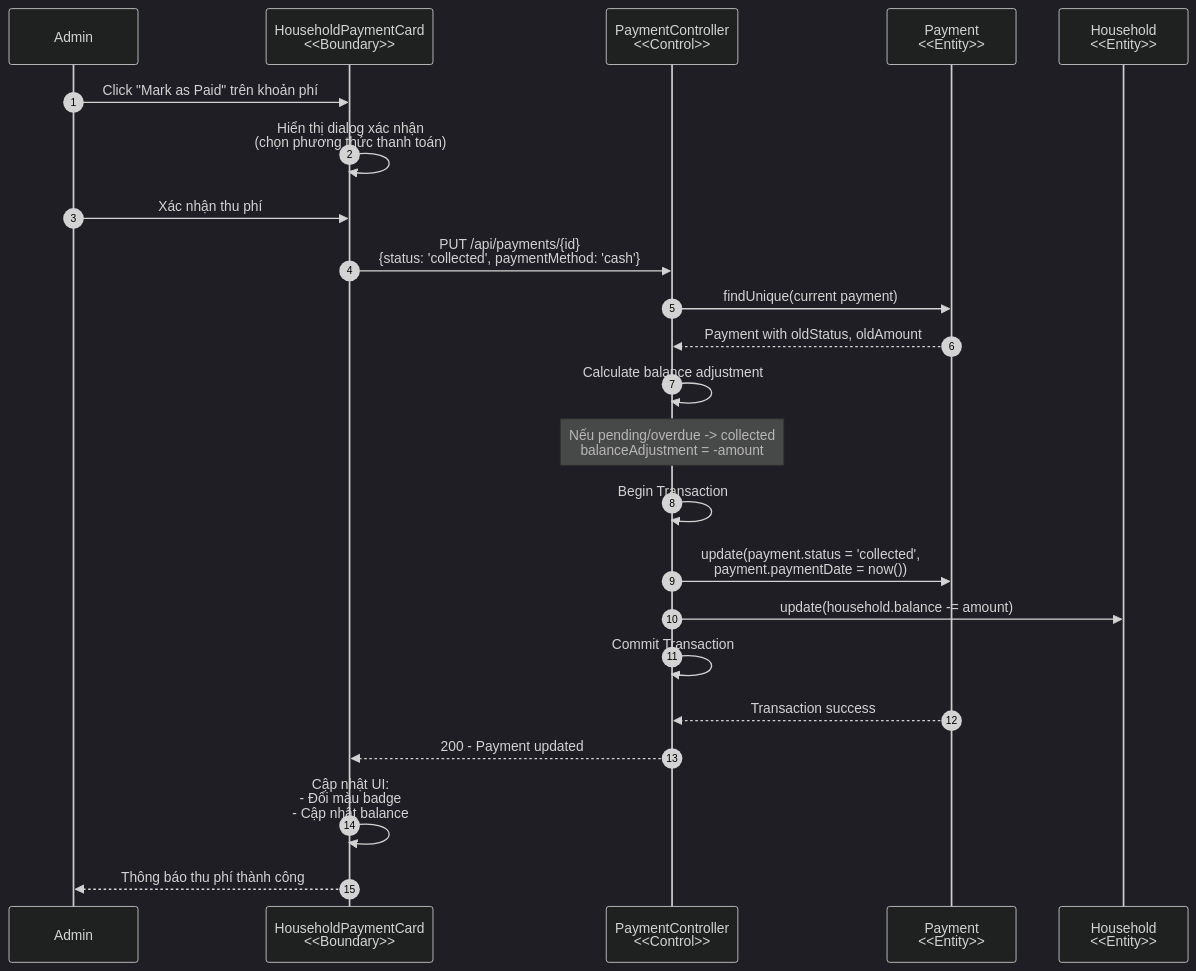
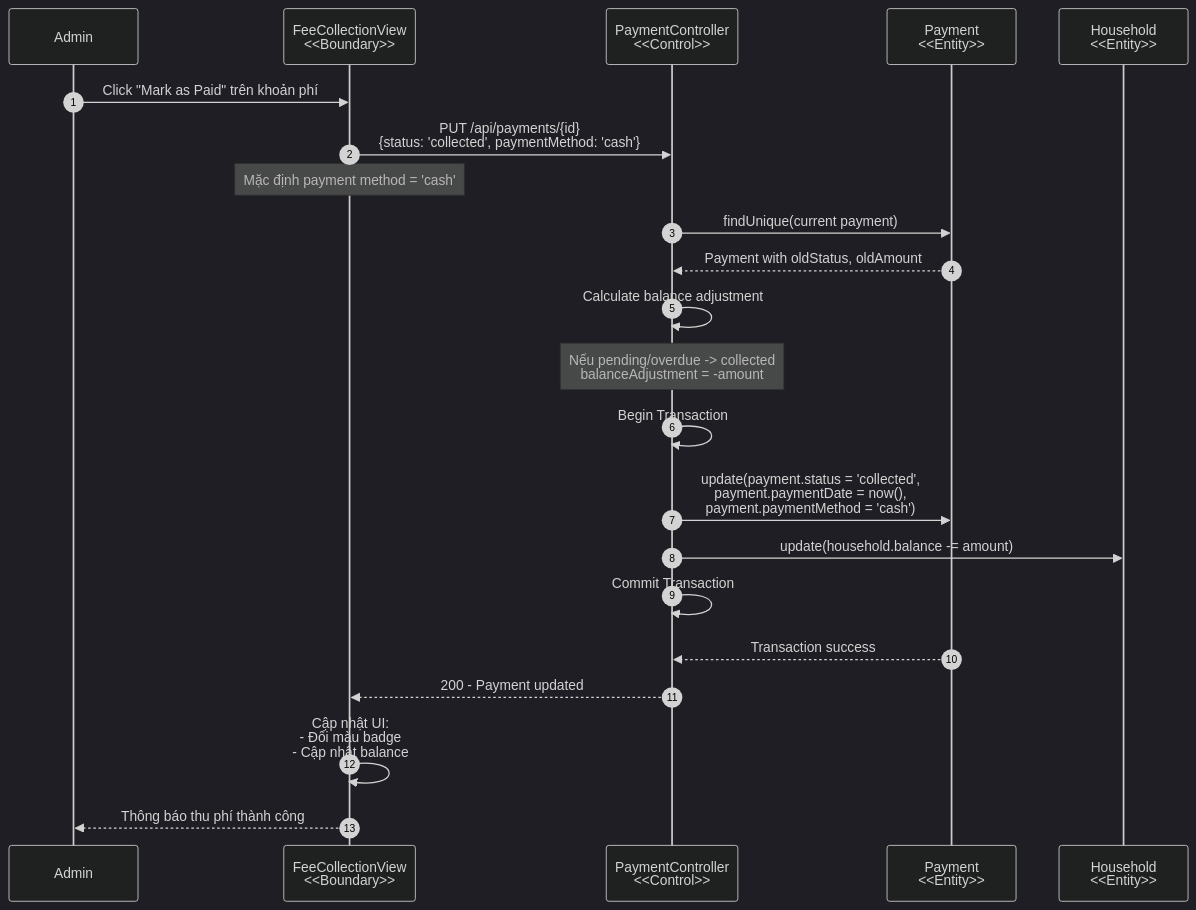
One commit to MinhNghia2010/Bluemoon changed diagram 14 of 25 in docs/sequence-diagrams.md. Above: the diagram before and after it, drawn with Mermaid. The commit also changed other lines of this file and 1 other file, not shown here.

````diff
--- a/docs/sequence-diagrams.md
+++ b/docs/sequence-diagrams.md
@@ -505,33 +523,32 @@
 ```mermaid
 %%{init: {'theme': 'dark'}}%%
 sequenceDiagram
     autonumber
     participant Admin as Admin
-    participant View as HouseholdPaymentCard<br/><<Boundary>>
+    participant View as FeeCollectionView<br/><<Boundary>>
     participant Controller as PaymentController<br/><<Control>>
     participant PaymentModel as Payment<br/><<Entity>>
     participant HouseholdModel as Household<br/><<Entity>>
     
     Admin->>View: Click "Mark as Paid" trên khoản phí
-    View->>View: Hiển thị dialog xác nhận<br/>(chọn phương thức thanh toán)
     
-    Admin->>View: Xác nhận thu phí
     View->>Controller: PUT /api/payments/{id}<br/>{status: 'collected', paymentMethod: 'cash'}
+    Note over View: Mặc định payment method = 'cash'
     
     Controller->>PaymentModel: findUnique(current payment)
     PaymentModel-->>Controller: Payment with oldStatus, oldAmount
     
     Controller->>Controller: Calculate balance adjustment
     Note over Controller: Nếu pending/overdue -> collected<br/>balanceAdjustment = -amount
     
     Controller->>Controller: Begin Transaction
-    Controller->>PaymentModel: update(payment.status = 'collected',<br/>payment.paymentDate = now())
+    Controller->>PaymentModel: update(payment.status = 'collected',<br/>payment.paymentDate = now(),<br/>payment.paymentMethod = 'cash')
     Controller->>HouseholdModel: update(household.balance -= amount)
     Controller->>Controller: Commit Transaction
     
     PaymentModel-->>Controller: Transaction success
     Controller-->>View: 200 - Payment updated
     
     View->>View: Cập nhật UI:<br/>- Đổi màu badge<br/>- Cập nhật balance
     View-->>Admin: Thông báo thu phí thành công
 ```
````
